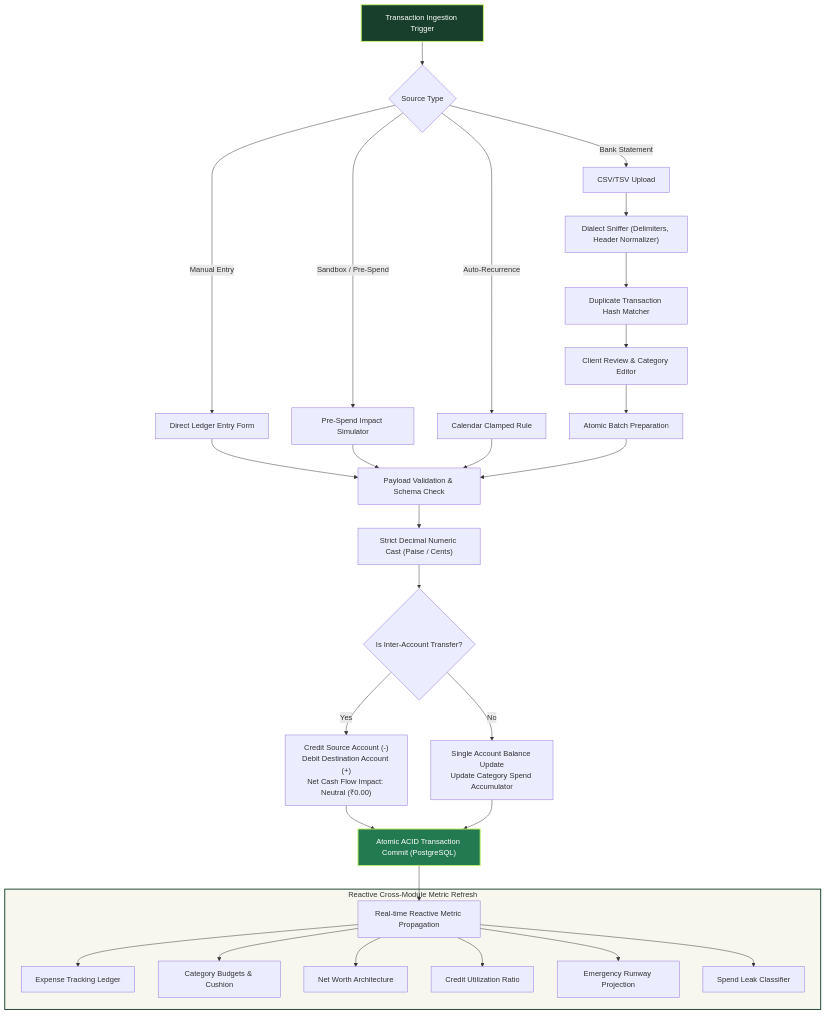
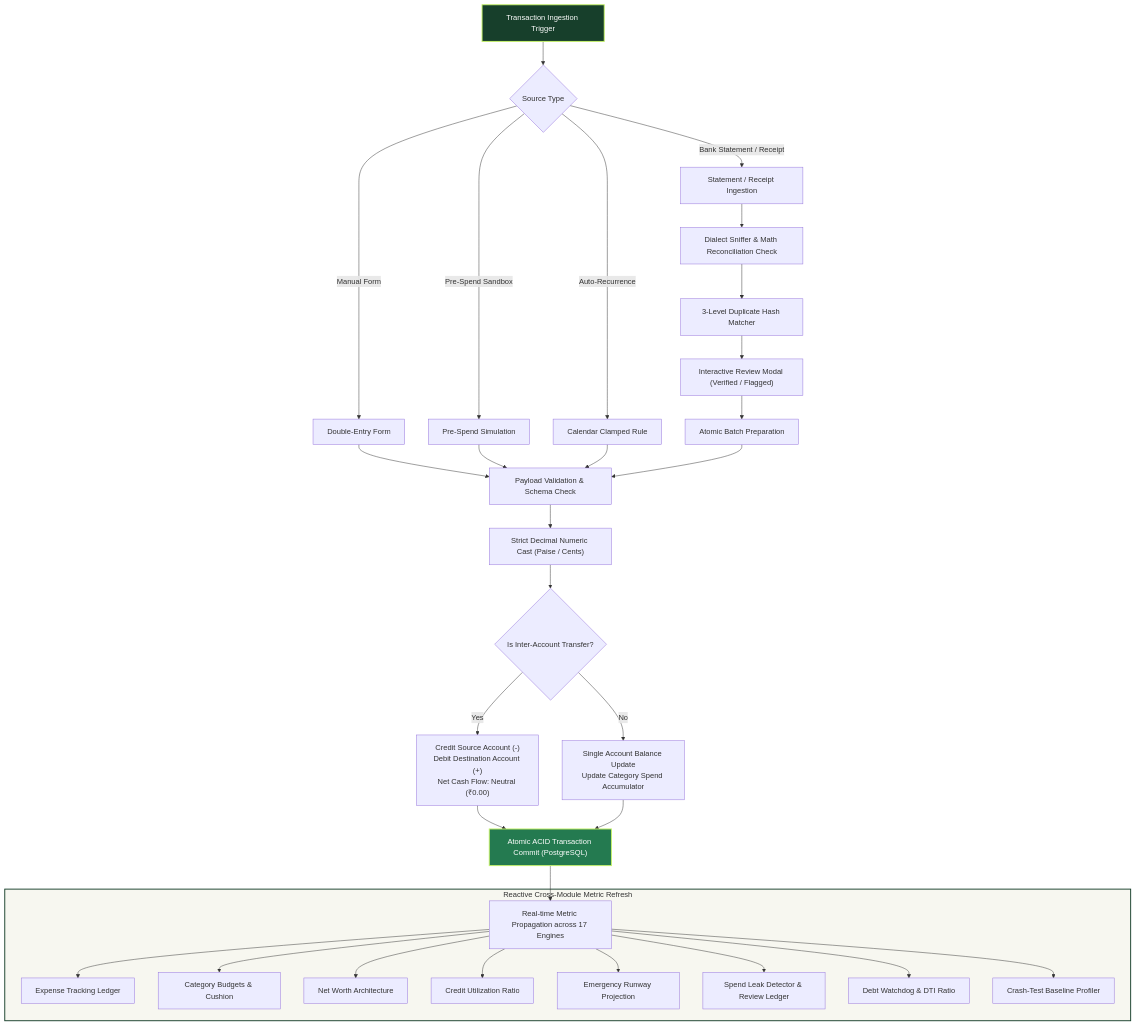
The fourth of 4 diagrams in README.md (nikhillakra2007-tech/finroq), drawn with Mermaid before and after one commit. The commit also changed other lines of this file and 9 other files, not shown here.

Commit message:
DOCS(README): UPDATE LATEST PRODUCTION EXHIBITS, SPEND LEAK REVIEW LIFECYCLE, 17-MODULE ARCHITECTURE, AND FLOWCHARTS

````diff
--- a/README.md
+++ b/README.md
@@ -261,43 +292,45 @@
 ```mermaid
 flowchart TD
     START["Transaction Ingestion Trigger"] --> SRC{"Source Type"}
     
-    SRC -- "Bank Statement" --> CSV["CSV/TSV Upload"]
-    SRC -- "Manual Entry" --> MANUAL["Direct Ledger Entry Form"]
-    SRC -- "Sandbox / Pre-Spend" --> SIM["Pre-Spend Impact Simulator"]
+    SRC -- "Bank Statement / Receipt" --> CSV["Statement / Receipt Ingestion"]
+    SRC -- "Manual Form" --> MANUAL["Double-Entry Form"]
+    SRC -- "Pre-Spend Sandbox" --> SIM["Pre-Spend Simulation"]
     SRC -- "Auto-Recurrence" --> REC["Calendar Clamped Rule"]
     
-    CSV --> SNIFF["Dialect Sniffer (Delimiters, Header Normalizer)"]
-    SNIFF --> DEDUP["Duplicate Transaction Hash Matcher"]
-    DEDUP --> PREVIEW["Client Review & Category Editor"]
+    CSV --> SNIFF["Dialect Sniffer & Math Reconciliation Check"]
+    SNIFF --> DEDUP["3-Level Duplicate Hash Matcher"]
+    DEDUP --> PREVIEW["Interactive Review Modal (Verified / Flagged)"]
     PREVIEW --> BATCH["Atomic Batch Preparation"]
     
     MANUAL --> VALID["Payload Validation & Schema Check"]
     SIM --> VALID
     REC --> VALID
     BATCH --> VALID
     
     VALID --> CAST["Strict Decimal Numeric Cast (Paise / Cents)"]
     CAST --> IS_TFR{"Is Inter-Account Transfer?"}
     
-    IS_TFR -- "Yes" --> TFR_LOGIC["Credit Source Account (-)<br/>Debit Destination Account (+)<br/>Net Cash Flow Impact: Neutral (₹0.00)"]
+    IS_TFR -- "Yes" --> TFR_LOGIC["Credit Source Account (-)<br/>Debit Destination Account (+)<br/>Net Cash Flow: Neutral (₹0.00)"]
     IS_TFR -- "No" --> DIR_LOGIC["Single Account Balance Update<br/>Update Category Spend Accumulator"]
     
     TFR_LOGIC --> COMMIT["Atomic ACID Transaction Commit (PostgreSQL)"]
     DIR_LOGIC --> COMMIT
     
-    COMMIT --> RECALC["Real-time Reactive Metric Propagation"]
+    COMMIT --> RECALC["Real-time Metric Propagation across 17 Engines"]
     
     subgraph MODULES["Reactive Cross-Module Metric Refresh"]
         RECALC --> M1["Expense Tracking Ledger"]
         RECALC --> M2["Category Budgets & Cushion"]
         RECALC --> M3["Net Worth Architecture"]
         RECALC --> M4["Credit Utilization Ratio"]
         RECALC --> M5["Emergency Runway Projection"]
-        RECALC --> M6["Spend Leak Classifier"]
+        RECALC --> M6["Spend Leak Detector & Review Ledger"]
+        RECALC --> M7["Debt Watchdog & DTI Ratio"]
+        RECALC --> M8["Crash-Test Baseline Profiler"]
     end
 
     style START fill:#173F2B,stroke:#C7F36B,color:#FFFFFF,stroke-width:2px;
     style COMMIT fill:#247A50,stroke:#C7F36B,color:#FFFFFF,stroke-width:2px;
     style MODULES fill:#F7F7F0,stroke:#173F2B,stroke-width:2px;
 ```
````
